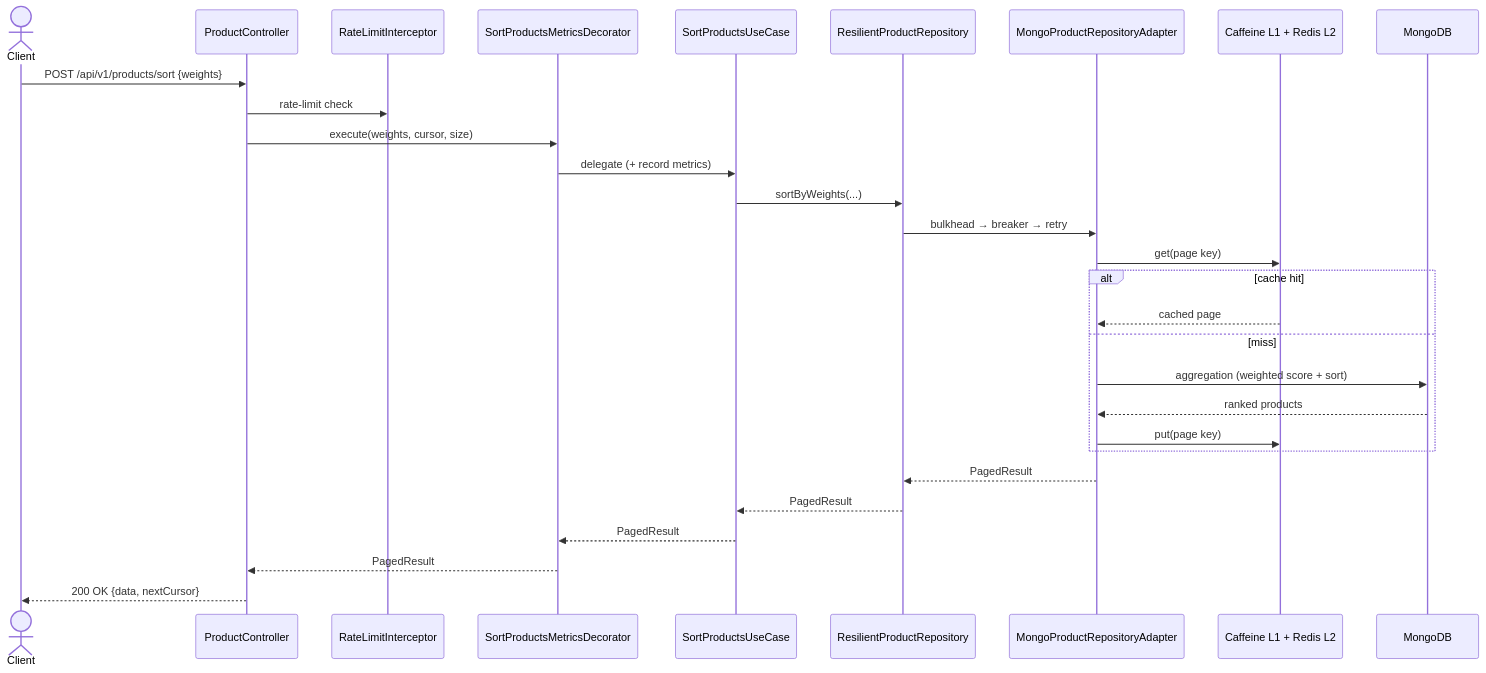
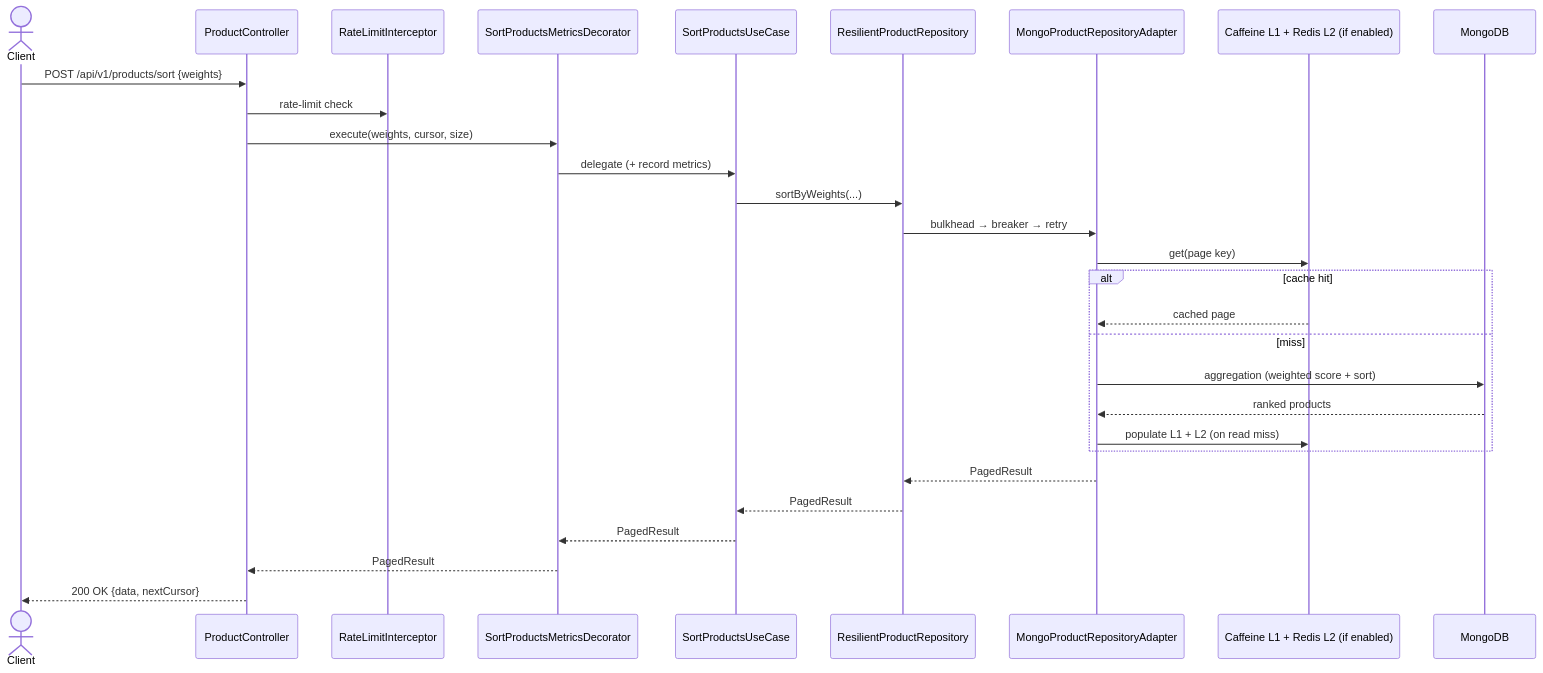
One commit to JuanPabloJimenezEsclusa/product-sorter changed the first of 3 diagrams in README.md. Above: the diagram before and after it, drawn with Mermaid. The commit also changed other lines of this file and 11 other files, not shown here.

````diff
--- a/README.md
+++ b/README.md
@@ -45,32 +45,32 @@
 ```mermaid
 sequenceDiagram
     actor Client
     participant API as ProductController
     participant RL as RateLimitInterceptor
     participant DEC as SortProductsMetricsDecorator
     participant UC as SortProductsUseCase
     participant RES as ResilientProductRepository
     participant ADPT as MongoProductRepositoryAdapter
-    participant Cache as Caffeine L1 + Redis L2
+    participant Cache as Caffeine L1 + Redis L2 (if enabled)
     participant Mongo as MongoDB
 
     Client->>API: POST /api/v1/products/sort {weights}
     API->>RL: rate-limit check
     API->>DEC: execute(weights, cursor, size)
     DEC->>UC: delegate (+ record metrics)
     UC->>RES: sortByWeights(...)
     RES->>ADPT: bulkhead → breaker → retry
     ADPT->>Cache: get(page key)
     alt cache hit
         Cache-->>ADPT: cached page
     else miss
         ADPT->>Mongo: aggregation (weighted score + sort)
         Mongo-->>ADPT: ranked products
-        ADPT->>Cache: put(page key)
+        ADPT->>Cache: populate L1 + L2 (on read miss)
     end
     ADPT-->>RES: PagedResult
     RES-->>UC: PagedResult
     UC-->>DEC: PagedResult
     DEC-->>API: PagedResult
     API-->>Client: 200 OK {data, nextCursor}
 ```
````
